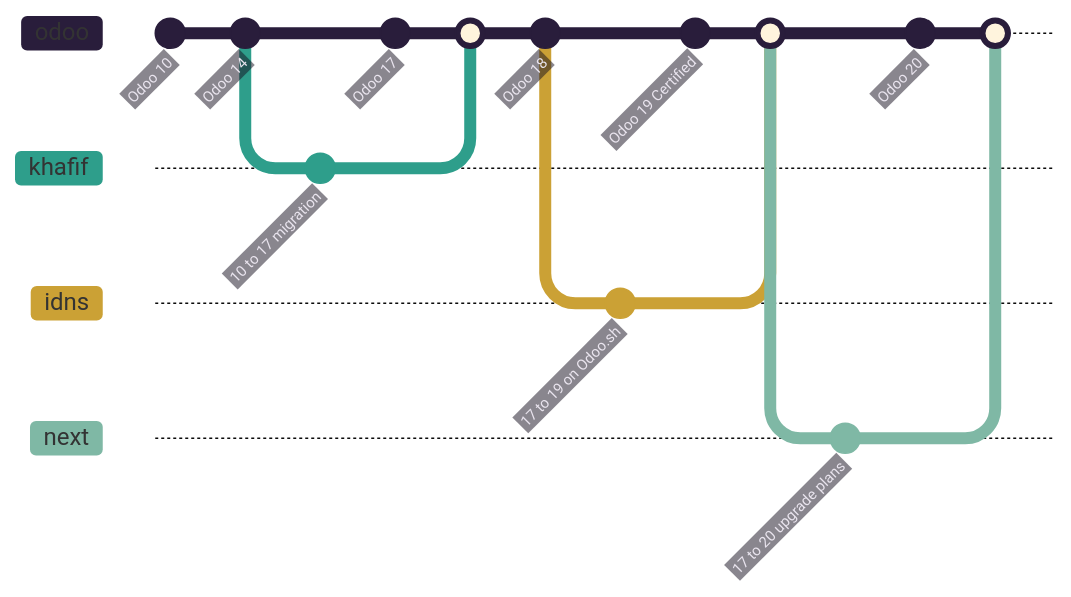
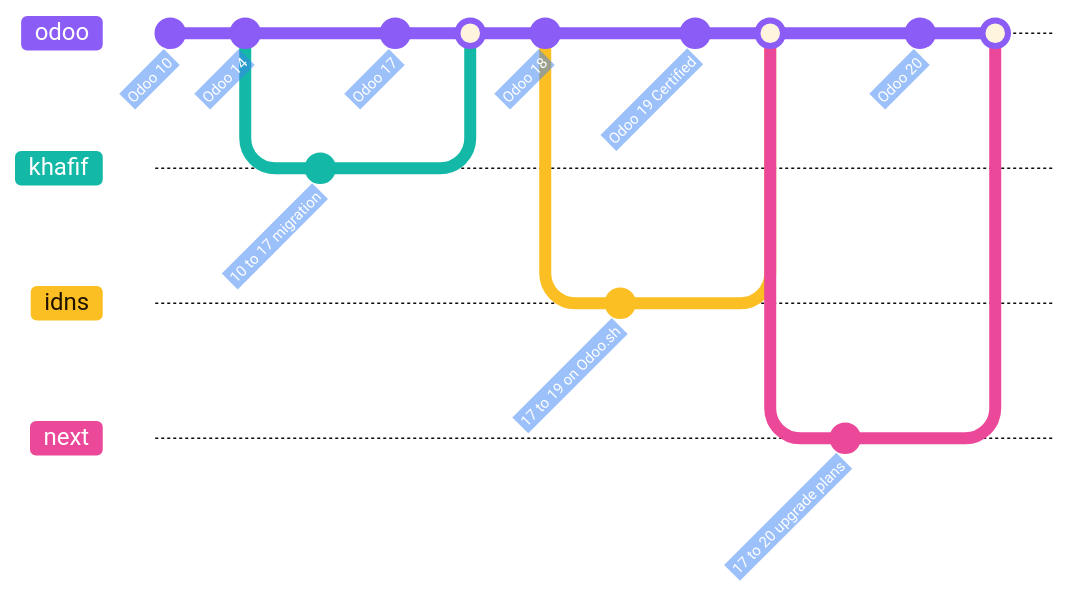
Before and after one commit to NoohSD/NoohSD: the third of 6 diagrams in README.md, drawn with Mermaid. The commit also changed other lines of this file, not shown here.

````diff
--- a/README.md
+++ b/README.md
@@ -153,25 +167,25 @@
 ```mermaid
-%%{init: {'theme':'base','gitGraph':{'mainBranchName':'odoo','showCommitLabel':true},'themeVariables':{'git0':'#291D3B','git1':'#2E9E8B','git2':'#CBA135','git3':'#7FB8A5','commitLabelColor':'#E9E4EE','commitLabelBackground':'#150F1E'}}}%%
+%%{init: {'theme':'base','gitGraph':{'mainBranchName':'odoo','showCommitLabel':true},'themeVariables':{'git0':'#8B5CF6','git1':'#14B8A6','git2':'#FBBF24','git3':'#EC4899','gitBranchLabel0':'#FFFFFF','gitBranchLabel1':'#FFFFFF','gitBranchLabel2':'#1F1300','gitBranchLabel3':'#FFFFFF','commitLabelColor':'#FFFFFF','commitLabelBackground':'#3B82F6'}}}%%
 gitGraph
     commit id: "Odoo 10"
     commit id: "Odoo 14"
     branch khafif
     checkout khafif
     commit id: "10 to 17 migration"
     checkout odoo
     commit id: "Odoo 17"
     merge khafif
     commit id: "Odoo 18"
     branch idns
     checkout idns
     commit id: "17 to 19 on Odoo.sh"
     checkout odoo
     commit id: "Odoo 19 Certified"
     merge idns
     branch next
     checkout next
     commit id: "17 to 20 upgrade plans"
     checkout odoo
     commit id: "Odoo 20"
     merge next
 ```
````
